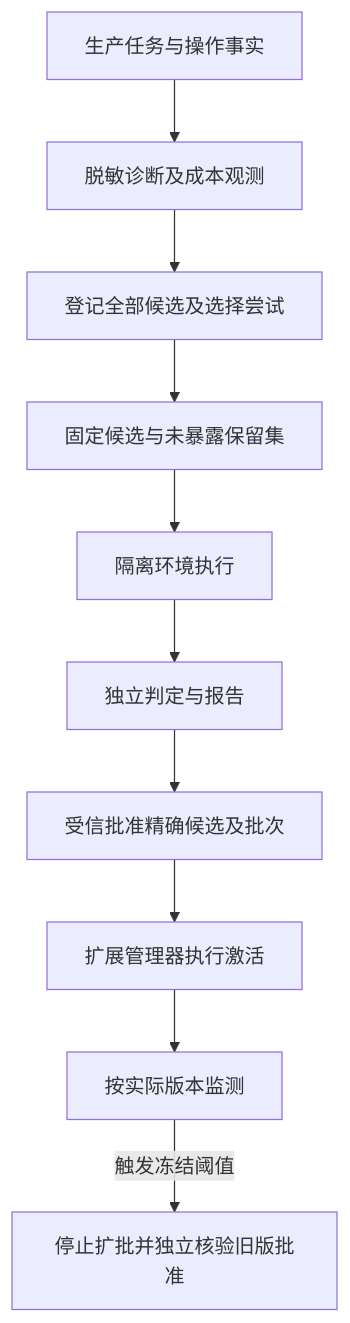
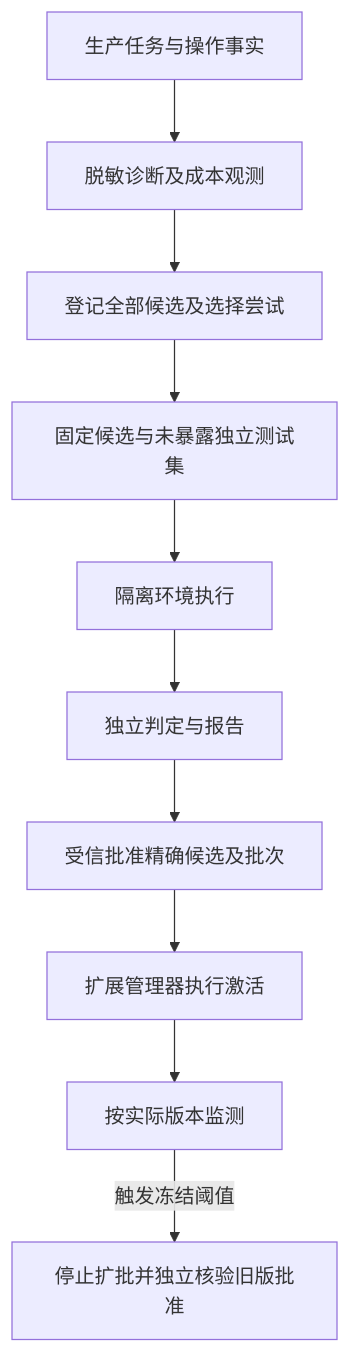
The first of 2 diagrams in docs/architecture/evaluation/README.md (ruipengliu/lerna), drawn with Mermaid before and after one commit. The commit also changed other lines of this file and 205 other files, not shown here.

Commit message:
docs: unify architecture terminology

````diff
--- a/docs/architecture/evaluation/README.md
+++ b/docs/architecture/evaluation/README.md
@@ -23,12 +23,12 @@
 ```mermaid
 flowchart TB
     T[生产任务与操作事实] --> O[脱敏诊断及成本观测]
     O --> C[登记全部候选及选择尝试]
-    C --> P[固定候选与未暴露保留集]
+    C --> P[固定候选与未暴露独立测试集]
     P --> E[隔离环境执行]
     E --> J[独立判定与报告]
     J --> A[受信批准精确候选及批次]
     A --> X[扩展管理器执行激活]
     X --> M[按实际版本监测]
     M -->|触发冻结阈值| R[停止扩批并独立核验旧版批准]
 ```
````
